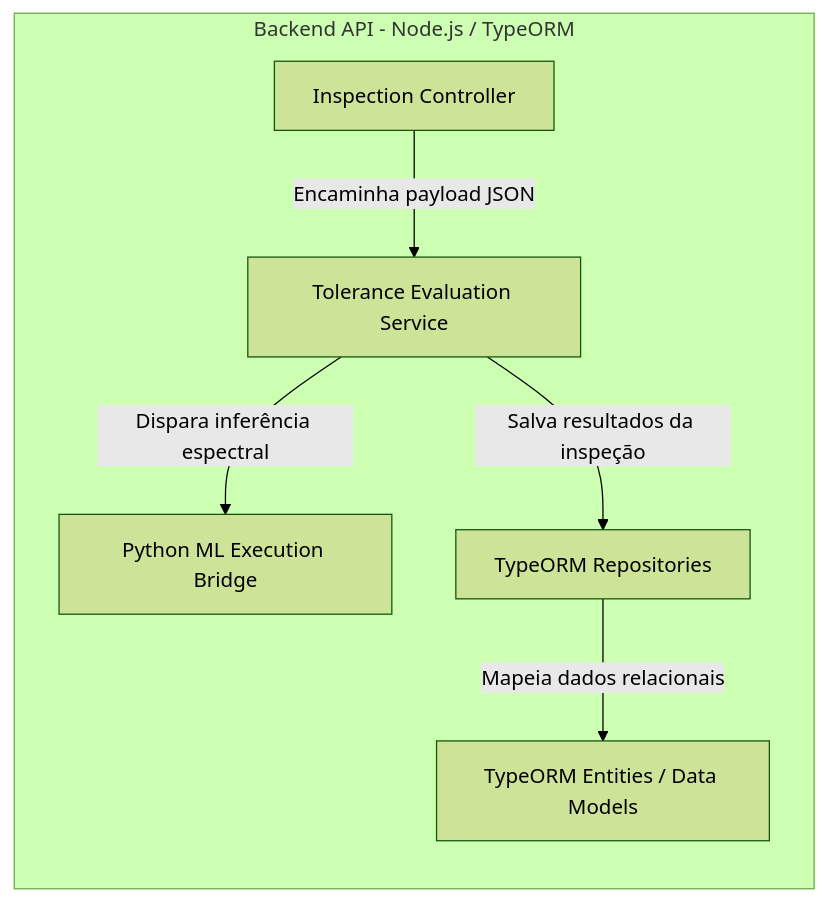
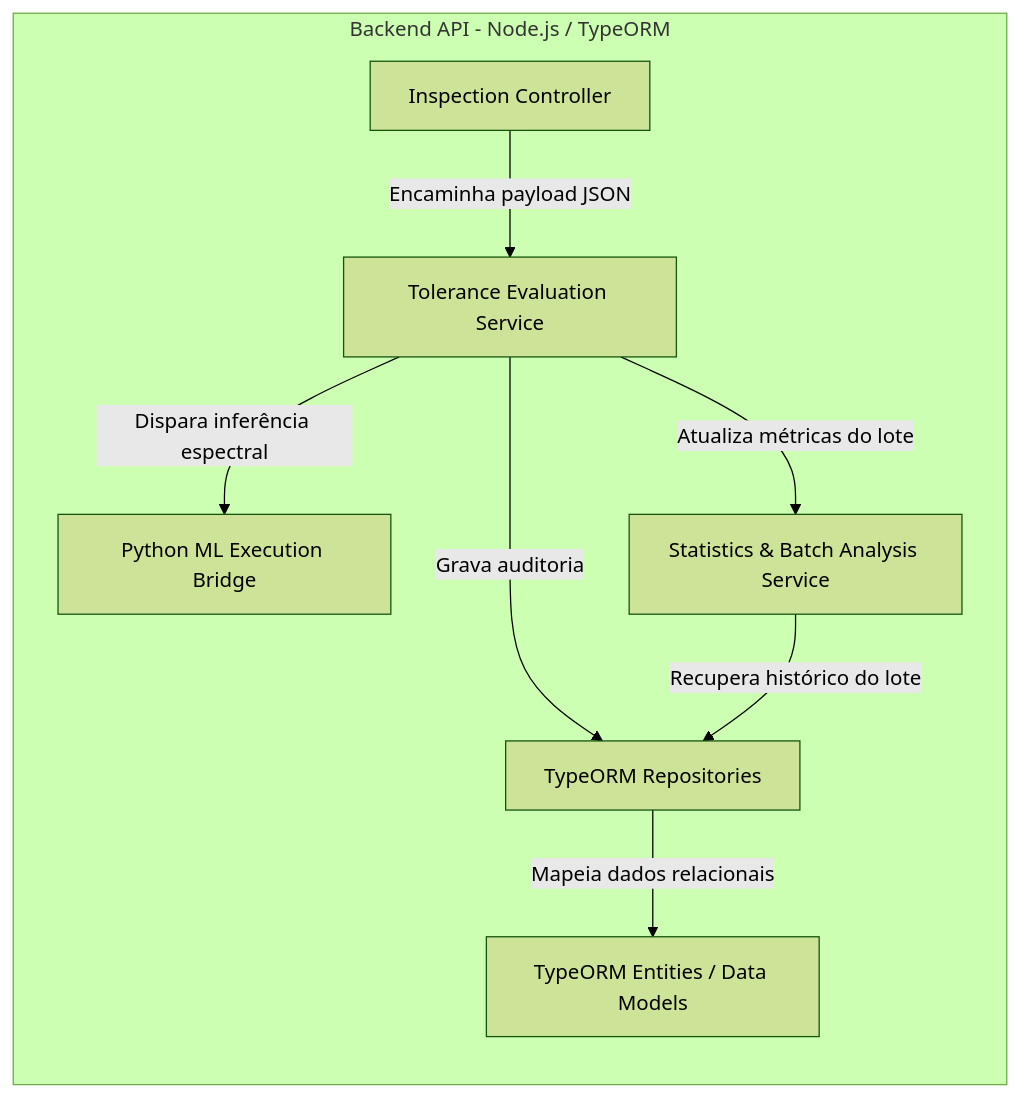
Before and after one commit to hellennverenaa/assinatura-cor-ia: the fourth of 4 diagrams in README.md, drawn with Mermaid (forest theme). The commit also changed other lines of this file, not shown here.

Commit message:
docs: Atualiza o README com o fluxo operacional detalhado, diagramas do sistema e documentação técnica refinada.

````diff
--- a/README.md
+++ b/README.md
@@ -58,16 +83,19 @@
 ```mermaid
 graph TD
     subgraph BackendContainer [Backend API - Node.js / TypeORM]
         direction TB
         Controller[Inspection Controller]
         Service[Tolerance Evaluation Service]
+        StatsService[Statistics & Batch Analysis Service]
         MLBridge[Python ML Execution Bridge]
         Repository[TypeORM Repositories]
         Entities[TypeORM Entities / Data Models]
     end
 
     Controller -->|Encaminha payload JSON| Service
     Service -->|Dispara inferência espectral| MLBridge
-    Service -->|Salva resultados da inspeção| Repository
+    Service -->|Atualiza métricas do lote| StatsService
+    Service -->|Grava auditoria| Repository
+    StatsService -->|Recupera histórico do lote| Repository
     Repository -->|Mapeia dados relacionais| Entities
 ```
````
